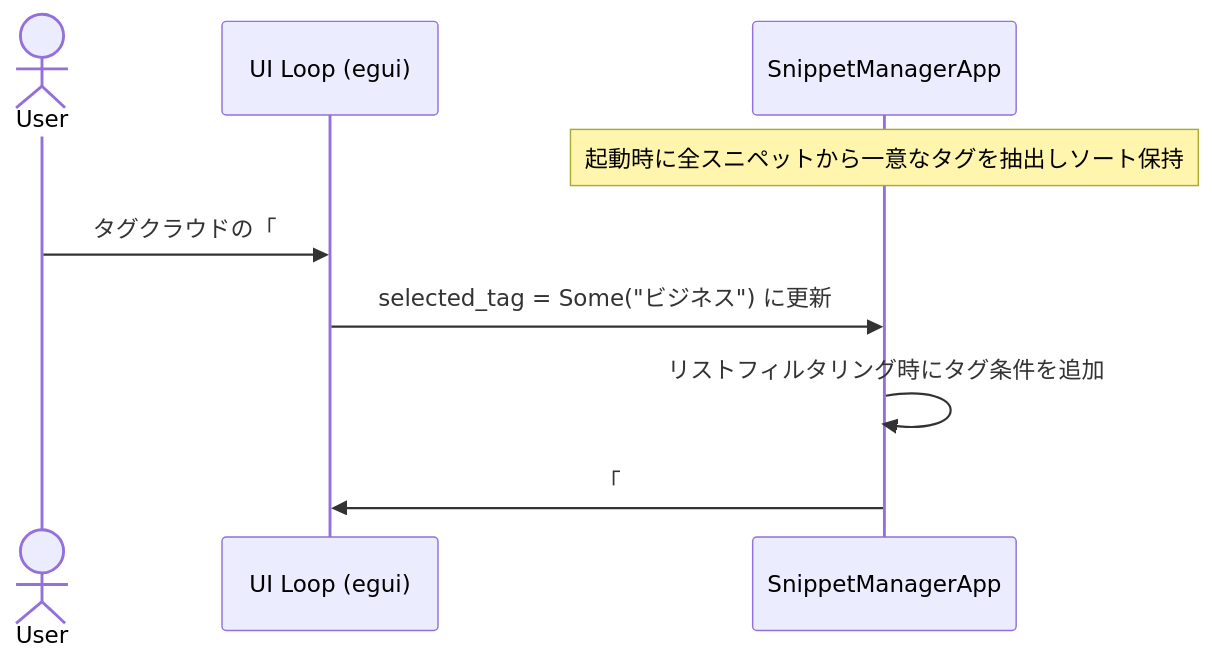
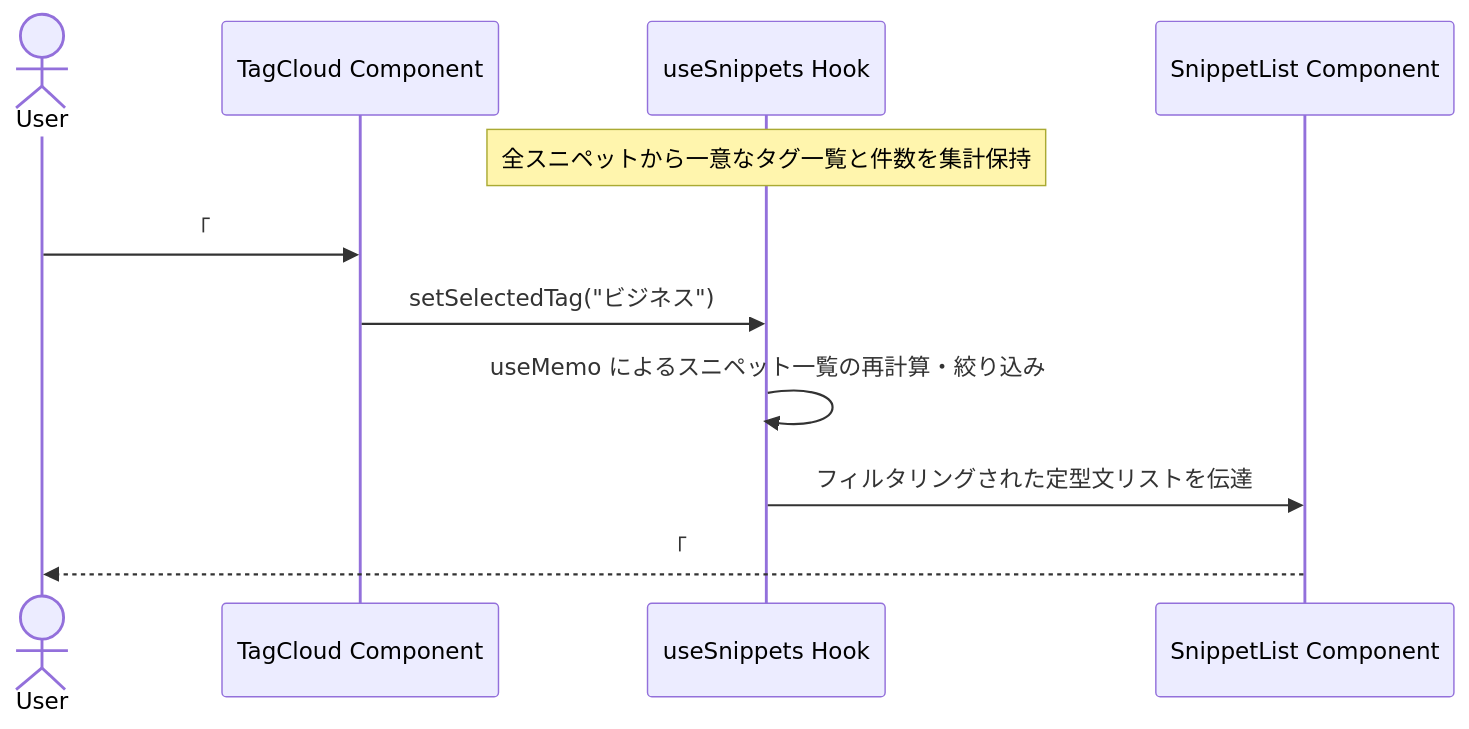
The fifth of 6 diagrams in docs/ja/DIAGRAM.md (tkshnkgwr/SnippetFlow), drawn with Mermaid before and after one commit. The commit also changed other lines of this file and 34 other files, not shown here.

````diff
--- a/docs/ja/DIAGRAM.md
+++ b/docs/ja/DIAGRAM.md
@@ -163,12 +159,14 @@
 ```mermaid
 sequenceDiagram
     actor User
-    participant UI as UI Loop (egui)
-    participant App as SnippetManagerApp
+    participant UI as TagCloud Component
+    participant Hook as useSnippets Hook
+    participant List as SnippetList Component
 
-    Note over App: 起動時に全スニペットから一意なタグを抽出しソート保持
-    User->>UI: タグクラウドの「#ビジネス」ボタンをクリック
-    UI->>App: selected_tag = Some("ビジネス") に更新
-    App->>App: リストフィルタリング時にタグ条件を追加
-    App->>UI: 「#ビジネス」を含むスニペットのみを表示
+    Note over Hook: 全スニペットから一意なタグ一覧と件数を集計保持
+    User->>UI: 「#ビジネス」タグボタンをクリック
+    UI->>Hook: setSelectedTag("ビジネス")
+    Hook->>Hook: useMemo によるスニペット一覧の再計算・絞り込み
+    Hook->>List: フィルタリングされた定型文リストを伝達
+    List-->>User: 「#ビジネス」を含むスニペットのみを表示
 ```
````
